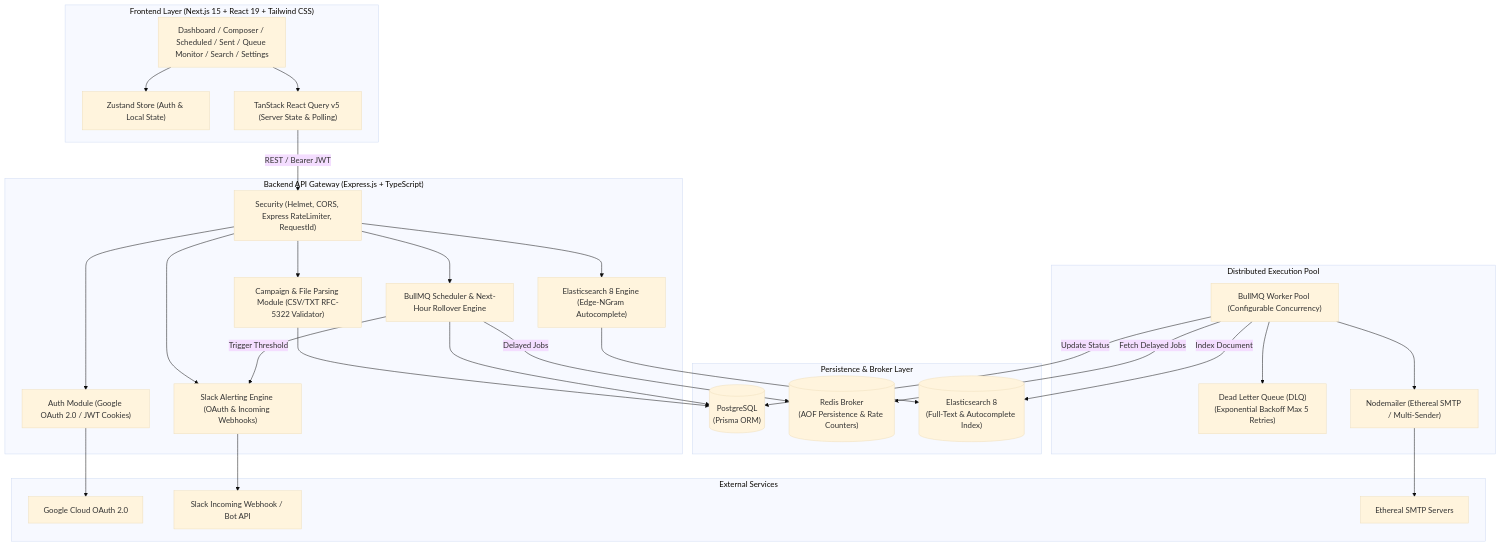
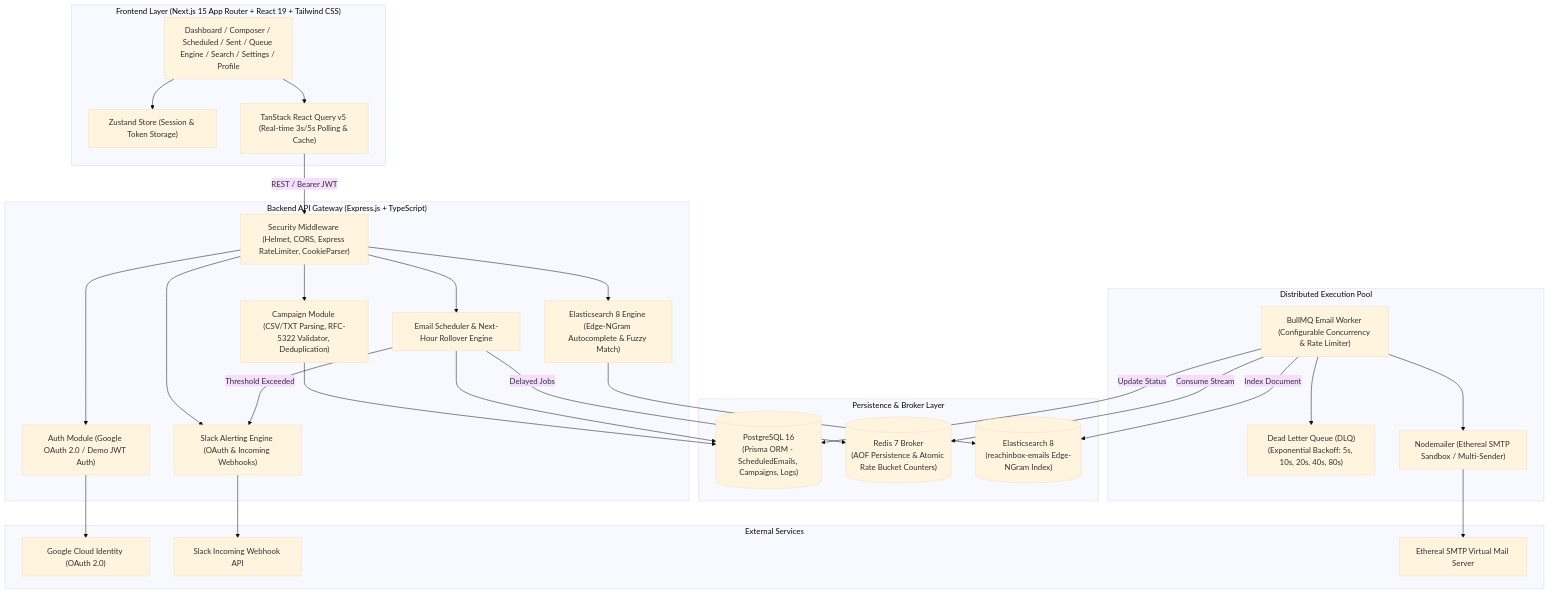
Before and after one commit to Rohit-coder123/ReachInBox: the first of 2 diagrams in README.md, drawn with Mermaid (base theme). The commit also changed other lines of this file, not shown here.

Commit message:
docs: add comprehensive README covering setup, Ethereal SMTP, architecture, and feature mappings

````diff
--- a/README.md
+++ b/README.md
@@ -19,59 +42,59 @@
 ```mermaid
 flowchart TD
-    subgraph Client["Frontend Layer (Next.js 15 + React 19 + Tailwind CSS)"]
-        UI["Dashboard / Composer / Scheduled / Sent / Queue Monitor / Search / Settings"]
-        Zustand["Zustand Store (Auth & Local State)"]
-        ReactQuery["TanStack React Query v5 (Server State & Polling)"]
+    subgraph Client["Frontend Layer (Next.js 15 App Router + React 19 + Tailwind CSS)"]
+        UI["Dashboard / Composer / Scheduled / Sent / Queue Engine / Search / Settings / Profile"]
+        Zustand["Zustand Store (Session & Token Storage)"]
+        ReactQuery["TanStack React Query v5 (Real-time 3s/5s Polling & Cache)"]
         UI --> Zustand
         UI --> ReactQuery
     end
 
     subgraph API["Backend API Gateway (Express.js + TypeScript)"]
-        Middleware["Security (Helmet, CORS, Express RateLimiter, RequestId)"]
-        AuthModule["Auth Module (Google OAuth 2.0 / JWT Cookies)"]
-        CampModule["Campaign & File Parsing Module (CSV/TXT RFC-5322 Validator)"]
-        SchedModule["BullMQ Scheduler & Next-Hour Rollover Engine"]
-        SearchModule["Elasticsearch 8 Engine (Edge-NGram Autocomplete)"]
+        Middleware["Security Middleware (Helmet, CORS, Express RateLimiter, CookieParser)"]
+        AuthModule["Auth Module (Google OAuth 2.0 / Demo JWT Auth)"]
+        CampModule["Campaign Module (CSV/TXT Parsing, RFC-5322 Validator, Deduplication)"]
+        SchedModule["Email Scheduler & Next-Hour Rollover Engine"]
+        SearchModule["Elasticsearch 8 Engine (Edge-NGram Autocomplete & Fuzzy Match)"]
         SlackModule["Slack Alerting Engine (OAuth & Incoming Webhooks)"]
         
         Middleware --> AuthModule
         Middleware --> CampModule
         Middleware --> SchedModule
         Middleware --> SearchModule
         Middleware --> SlackModule
     end
 
     subgraph Storage["Persistence & Broker Layer"]
-        PG[("PostgreSQL\n(Prisma ORM)")]
-        RedisBroker[("Redis Broker\n(AOF Persistence & Rate Counters)")]
-        ESCluster[("Elasticsearch 8\n(Full-Text & Autocomplete Index)")]
+        PG[("PostgreSQL 16\n(Prisma ORM - ScheduledEmails, Campaigns, Logs)")]
+        RedisBroker[("Redis 7 Broker\n(AOF Persistence & Atomic Rate Bucket Counters)")]
+        ESCluster[("Elasticsearch 8\n(reachinbox-emails Edge-NGram Index)")]
     end
 
     subgraph Workers["Distributed Execution Pool"]
-        WorkerPool["BullMQ Worker Pool (Configurable Concurrency)"]
-        DLQ["Dead Letter Queue (DLQ)\n(Exponential Backoff Max 5 Retries)"]
-        NodemailerClient["Nodemailer (Ethereal SMTP / Multi-Sender)"]
+        WorkerPool["BullMQ Email Worker (Configurable Concurrency & Rate Limiter)"]
+        DLQ["Dead Letter Queue (DLQ)\n(Exponential Backoff: 5s, 10s, 20s, 40s, 80s)"]
+        NodemailerClient["Nodemailer (Ethereal SMTP Sandbox / Multi-Sender)"]
         
         WorkerPool --> NodemailerClient
         WorkerPool --> DLQ
     end
 
     subgraph External["External Services"]
-        GoogleOAuth["Google Cloud OAuth 2.0"]
-        SlackAPI["Slack Incoming Webhook / Bot API"]
-        EtherealSMTP["Ethereal SMTP Servers"]
+        GoogleOAuth["Google Cloud Identity (OAuth 2.0)"]
+        SlackAPI["Slack Incoming Webhook API"]
+        EtherealSMTP["Ethereal SMTP Virtual Mail Server"]
     end
 
     ReactQuery -->|"REST / Bearer JWT"| Middleware
     CampModule --> PG
     SchedModule -->|"Delayed Jobs"| RedisBroker
     SchedModule --> PG
-    WorkerPool -->|"Fetch Delayed Jobs"| RedisBroker
+    WorkerPool -->|"Consume Stream"| RedisBroker
     WorkerPool -->|"Update Status"| PG
     WorkerPool -->|"Index Document"| ESCluster
     SearchModule --> ESCluster
-    SchedModule -->|"Trigger Threshold"| SlackModule
+    SchedModule -->|"Threshold Exceeded"| SlackModule
     SlackModule --> SlackAPI
     AuthModule --> GoogleOAuth
     NodemailerClient --> EtherealSMTP
 ```
````
